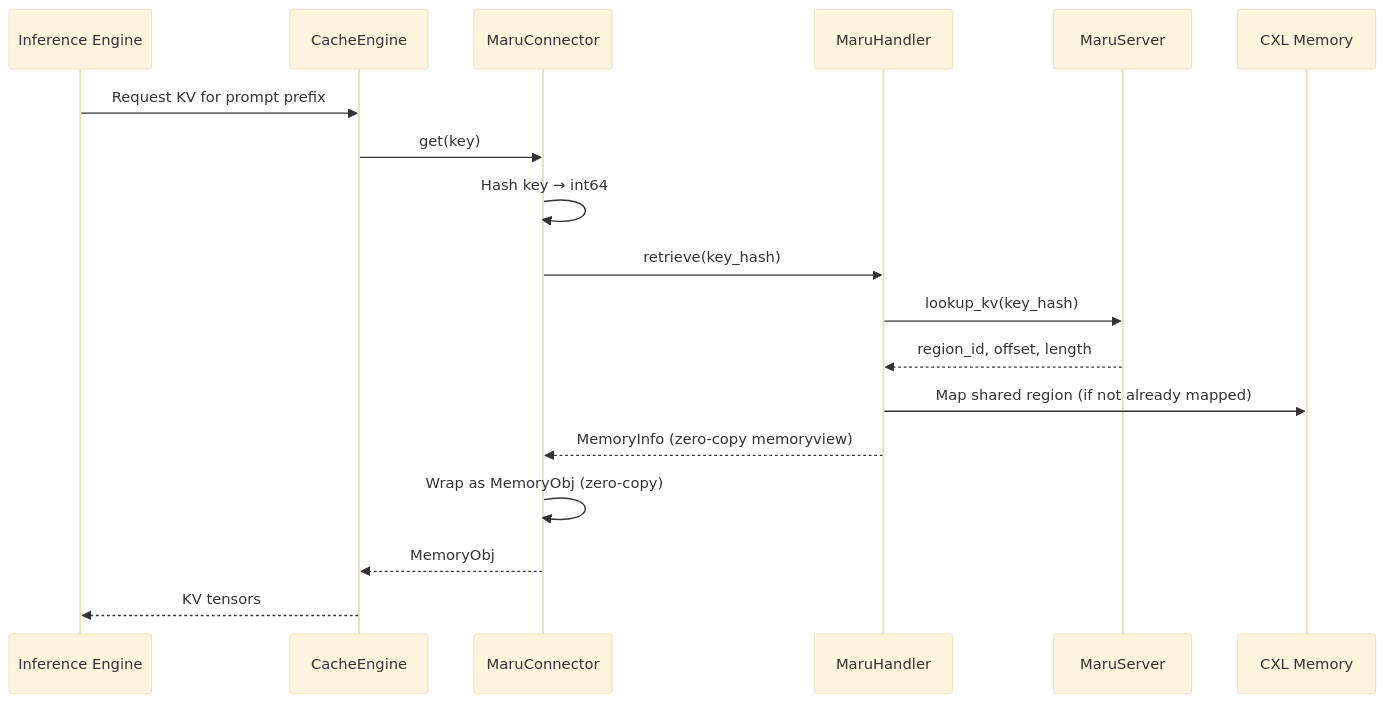
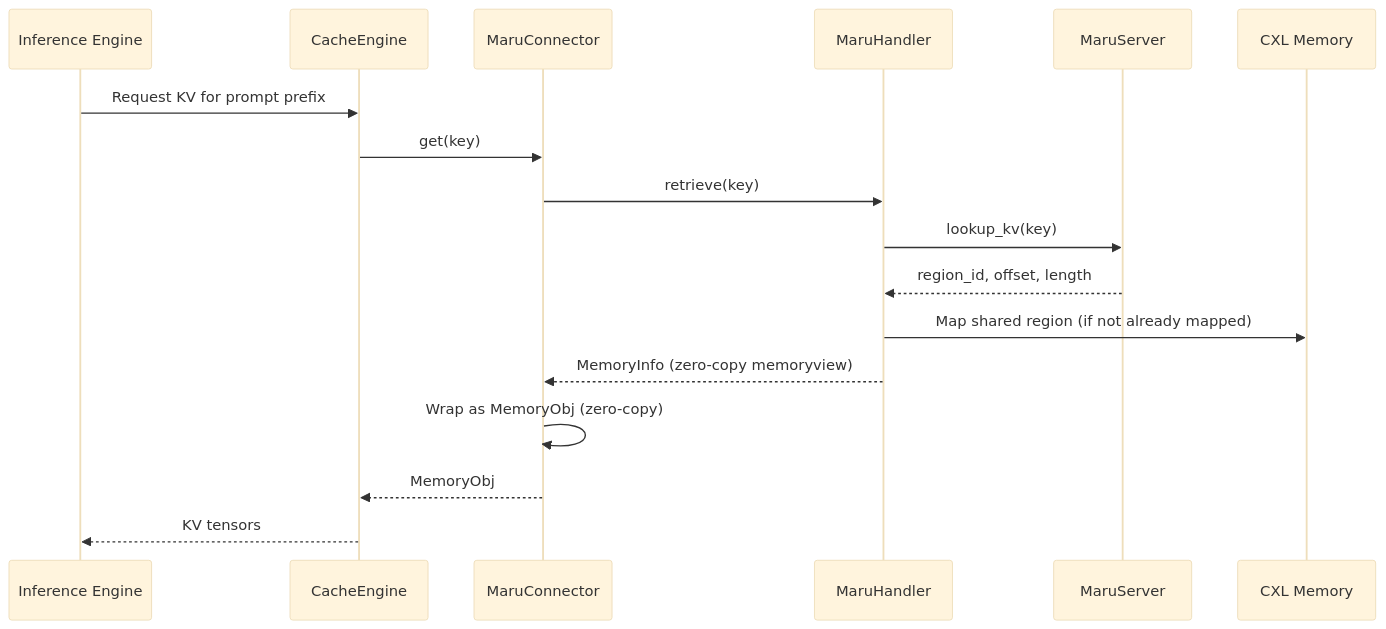
One commit to xcena-dev/maru changed the second of 3 diagrams in docs/source/design_doc/integration.md. Above: the diagram before and after it, drawn with Mermaid (base theme). The commit also changed other lines of this file and 2 other files, not shown here.

First line of the commit message:
docs: update KV key type from int to str in design docs (#11)

````diff
--- a/docs/source/design_doc/integration.md
+++ b/docs/source/design_doc/integration.md
@@ -78,21 +77,20 @@
 ```mermaid
 sequenceDiagram
     participant IE as Inference Engine
     participant CE as CacheEngine
     participant MC as MaruConnector
     participant MH as MaruHandler
     participant MS as MaruServer
     participant CXL as CXL Memory
 
     IE->>CE: Request KV for prompt prefix
     CE->>MC: get(key)
-    MC->>MC: Hash key → int64
-    MC->>MH: retrieve(key_hash)
-    MH->>MS: lookup_kv(key_hash)
+    MC->>MH: retrieve(key)
+    MH->>MS: lookup_kv(key)
     MS-->>MH: region_id, offset, length
     MH->>CXL: Map shared region (if not already mapped)
     MH-->>MC: MemoryInfo (zero-copy memoryview)
     MC->>MC: Wrap as MemoryObj (zero-copy)
     MC-->>CE: MemoryObj
     CE-->>IE: KV tensors
 ```
````
